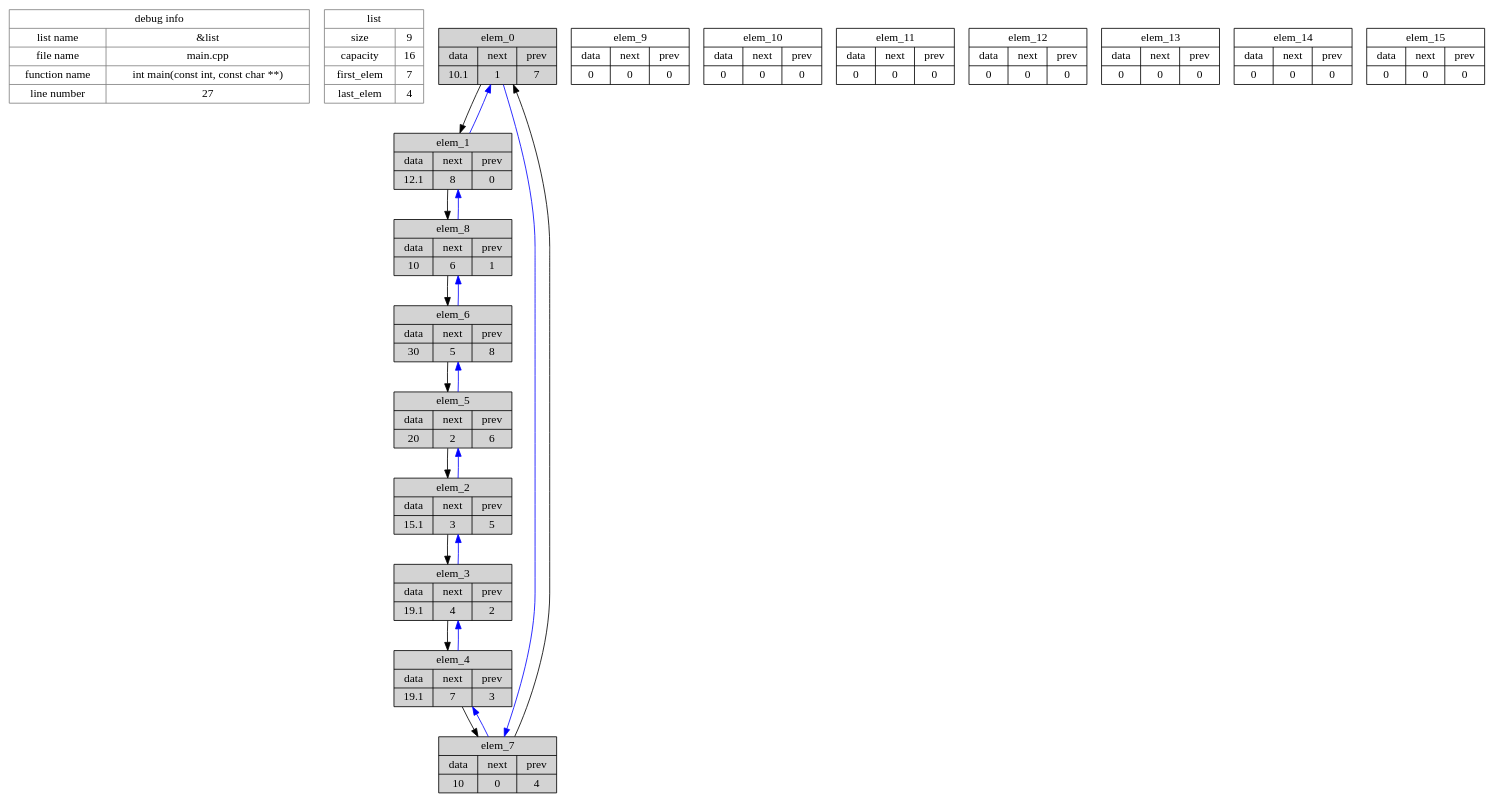
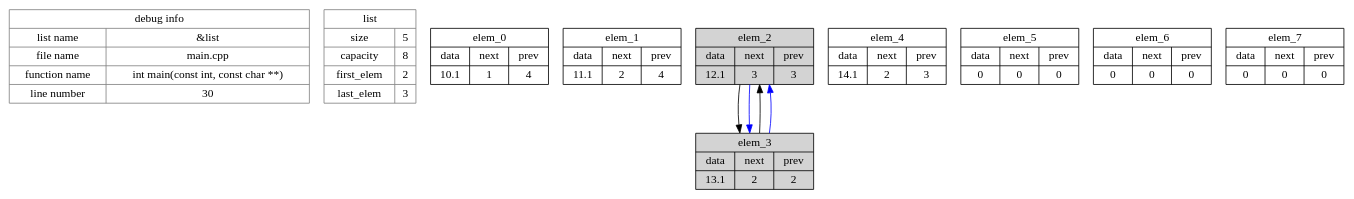
One commit to mikhio/IogList changed the diagram in graph_dump.gv. Above: the diagram before and after it, drawn with Graphviz. The commit also changed 6 other files, not shown here.

```diff
--- a/graph_dump.gv
+++ b/graph_dump.gv
@@ -1,147 +1,81 @@
 digraph G {
 debug_info [
 shape=record,
-label="{debug info | { {list name | file name | function name | line number} | {&list | main.cpp | int main(const int, const char **) | 27} }}",
+label="{debug info | { {list name | file name | function name | line number} | {&list | main.cpp | int main(const int, const char **) | 30} }}",
 fillcolor=white,
 color=grey,
 style="filled",
 ];
 list [
 shape=record,
-label="{list | { {size | capacity | first_elem | last_elem} | {9 | 16 | 7 | 4} }}",
+label="{list | { {size | capacity | first_elem | last_elem} | {5 | 8 | 2 | 3} }}",
 fillcolor=white,
 color=grey,
 style="filled",
 ];
 elem_0 [
   shape=record,
-  label="{elem_0 | {{data | 10.1} | {next | 1} | {prev | 7}}}",
-  fillcolor=lightgrey,
+  label="{elem_0 | {{data | 10.1} | {next | 1} | {prev | 4}}}",
+  fillcolor=white,
   color=black,
   style="filled"
 ];
 elem_1 [
   shape=record,
-  label="{elem_1 | {{data | 12.1} | {next | 8} | {prev | 0}}}",
-  fillcolor=lightgrey,
+  label="{elem_1 | {{data | 11.1} | {next | 2} | {prev | 4}}}",
+  fillcolor=white,
   color=black,
   style="filled"
 ];
 elem_2 [
   shape=record,
-  label="{elem_2 | {{data | 15.1} | {next | 3} | {prev | 5}}}",
-  fillcolor=lightgrey,
+  label="{elem_2 | {{data | 12.1} | {next | 3} | {prev | 3}}}",
+  fillcolor=white,
   color=black,
   style="filled"
 ];
 elem_3 [
   shape=record,
-  label="{elem_3 | {{data | 19.1} | {next | 4} | {prev | 2}}}",
-  fillcolor=lightgrey,
+  label="{elem_3 | {{data | 13.1} | {next | 2} | {prev | 2}}}",
+  fillcolor=white,
   color=black,
   style="filled"
 ];
 elem_4 [
   shape=record,
-  label="{elem_4 | {{data | 19.1} | {next | 7} | {prev | 3}}}",
-  fillcolor=lightgrey,
+  label="{elem_4 | {{data | 14.1} | {next | 2} | {prev | 3}}}",
+  fillcolor=white,
   color=black,
   style="filled"
 ];
 elem_5 [
   shape=record,
-  label="{elem_5 | {{data | 20} | {next | 2} | {prev | 6}}}",
-  fillcolor=lightgrey,
+  label="{elem_5 | {{data | 0} | {next | 0} | {prev | 0}}}",
+  fillcolor=white,
   color=black,
   style="filled"
 ];
 elem_6 [
   shape=record,
-  label="{elem_6 | {{data | 30} | {next | 5} | {prev | 8}}}",
-  fillcolor=lightgrey,
+  label="{elem_6 | {{data | 0} | {next | 0} | {prev | 0}}}",
+  fillcolor=white,
   color=black,
   style="filled"
 ];
 elem_7 [
   shape=record,
-  label="{elem_7 | {{data | 10} | {next | 0} | {prev | 4}}}",
-  fillcolor=lightgrey,
-  color=black,
-  style="filled"
-];
-elem_8 [
-  shape=record,
-  label="{elem_8 | {{data | 10} | {next | 6} | {prev | 1}}}",
-  fillcolor=lightgrey,
-  color=black,
-  style="filled"
-];
-elem_9 [
-  shape=record,
-  label="{elem_9 | {{data | 0} | {next | 0} | {prev | 0}}}",
-  fillcolor=white,
-  color=black,
-  style="filled"
-];
-elem_10 [
-  shape=record,
-  label="{elem_10 | {{data | 0} | {next | 0} | {prev | 0}}}",
-  fillcolor=white,
-  color=black,
-  style="filled"
-];
-elem_11 [
-  shape=record,
-  label="{elem_11 | {{data | 0} | {next | 0} | {prev | 0}}}",
-  fillcolor=white,
-  color=black,
-  style="filled"
-];
-elem_12 [
-  shape=record,
-  label="{elem_12 | {{data | 0} | {next | 0} | {prev | 0}}}",
-  fillcolor=white,
-  color=black,
-  style="filled"
-];
-elem_13 [
-  shape=record,
-  label="{elem_13 | {{data | 0} | {next | 0} | {prev | 0}}}",
-  fillcolor=white,
-  color=black,
-  style="filled"
-];
-elem_14 [
-  shape=record,
-  label="{elem_14 | {{data | 0} | {next | 0} | {prev | 0}}}",
-  fillcolor=white,
-  color=black,
-  style="filled"
-];
-elem_15 [
-  shape=record,
-  label="{elem_15 | {{data | 0} | {next | 0} | {prev | 0}}}",
+  label="{elem_7 | {{data | 0} | {next | 0} | {prev | 0}}}",
   fillcolor=white,
   color=black,
   style="filled"
 ];
 
-elem_0 -> elem_1 [color=black, line=stigh];
-elem_0 -> elem_7 [color=blue];
-elem_1 -> elem_8 [color=black, line=stigh];
-elem_1 -> elem_0 [color=blue];
 elem_2 -> elem_3 [color=black, line=stigh];
-elem_2 -> elem_5 [color=blue];
-elem_3 -> elem_4 [color=black, line=stigh];
+elem_2 -> elem_3 [color=blue];
+elem_2 [fillcolor=lightgrey];
+
+elem_3 -> elem_2 [color=black, line=stigh];
 elem_3 -> elem_2 [color=blue];
-elem_4 -> elem_7 [color=black, line=stigh];
-elem_4 -> elem_3 [color=blue];
-elem_5 -> elem_2 [color=black, line=stigh];
-elem_5 -> elem_6 [color=blue];
-elem_6 -> elem_5 [color=black, line=stigh];
-elem_6 -> elem_8 [color=blue];
-elem_7 -> elem_0 [color=black, line=stigh];
-elem_7 -> elem_4 [color=blue];
-elem_8 -> elem_6 [color=black, line=stigh];
-elem_8 -> elem_1 [color=blue];
+elem_3 [fillcolor=lightgrey];
+
 }
```
